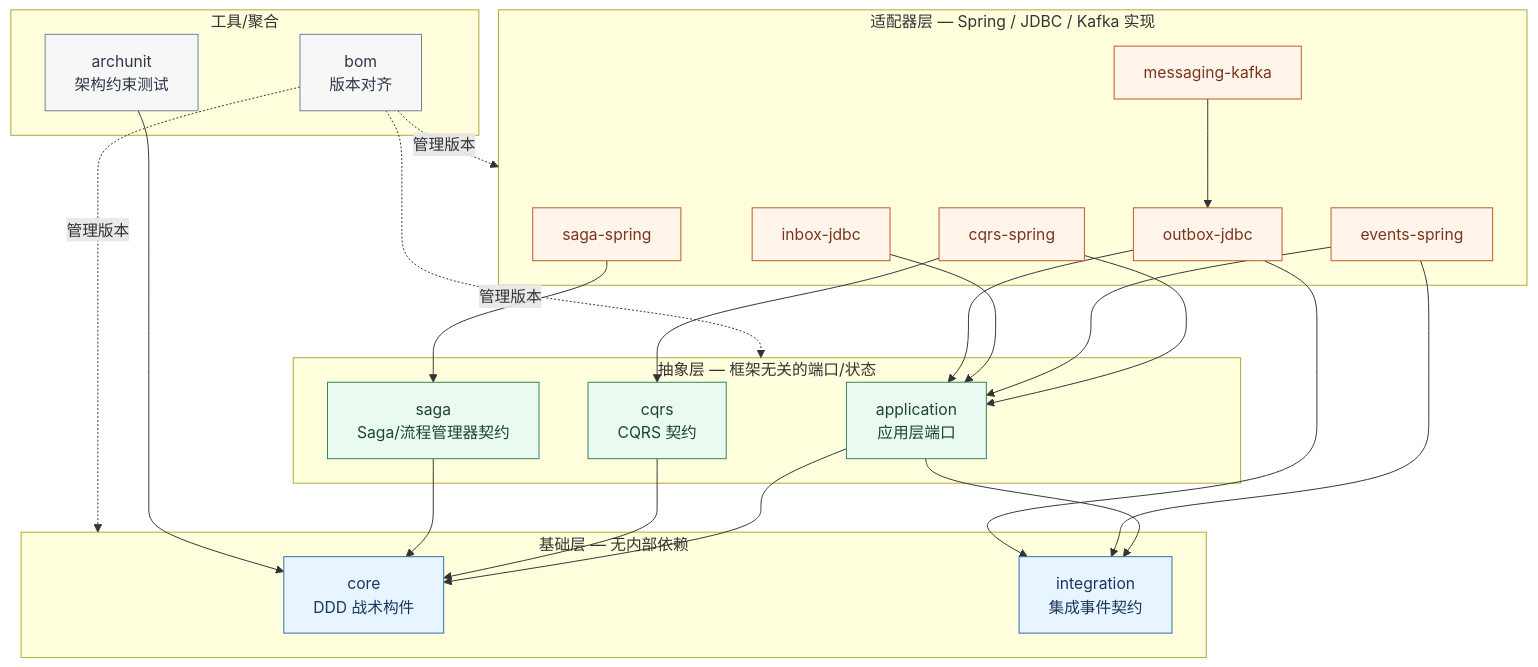
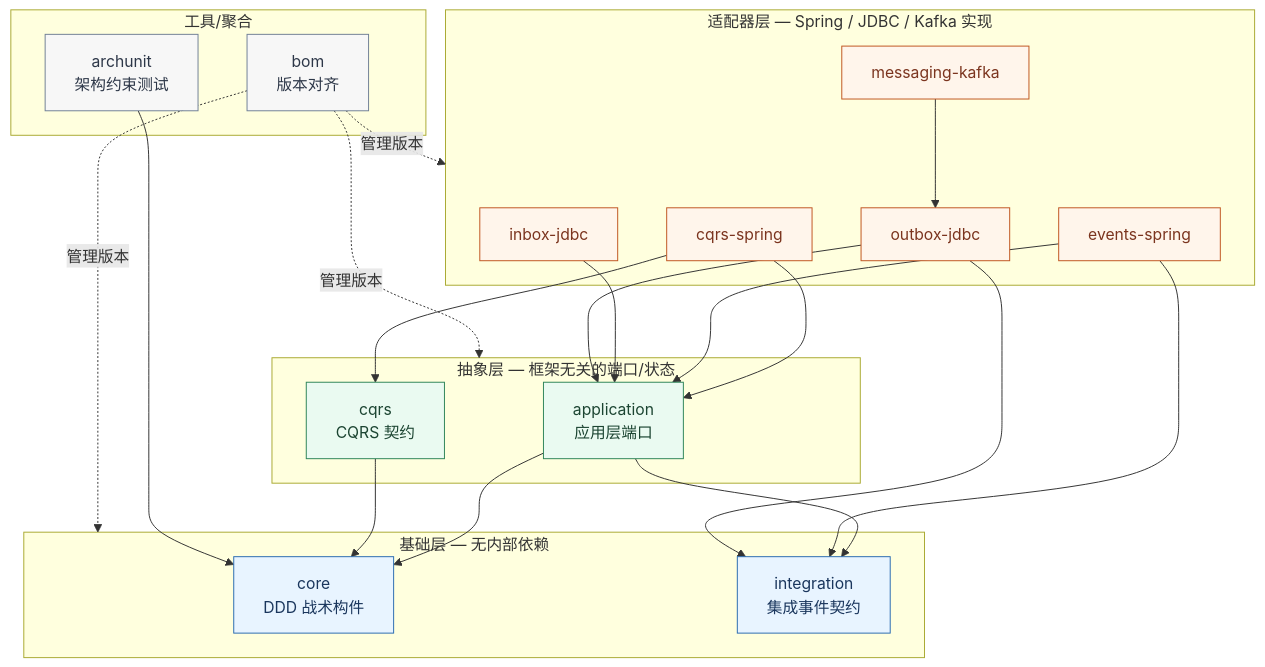
One commit to ryan-alexander-zhang/ai-native-project-template changed the diagram in aipersimmon-ddd/README.md. Above: the diagram before and after it, drawn with Mermaid. The commit also changed other lines of this file and 33 other files, not shown here.

First line of the commit message:
refactor(saga)!: delete the deprecated saga and saga-spring modules

````diff
--- a/aipersimmon-ddd/README.md
+++ b/aipersimmon-ddd/README.md
@@ -11,56 +11,52 @@
 ```mermaid
 flowchart TD
     subgraph foundation["基础层 — 无内部依赖"]
         core["core<br/>DDD 战术构件"]
         integration["integration<br/>集成事件契约"]
     end
 
     subgraph abstraction["抽象层 — 框架无关的端口/状态"]
         application["application<br/>应用层端口"]
         cqrs["cqrs<br/>CQRS 契约"]
-        saga["saga<br/>Saga/流程管理器契约"]
     end
 
     subgraph adapter["适配器层 — Spring / JDBC / Kafka 实现"]
         cqrs_spring["cqrs-spring"]
-        saga_spring["saga-spring"]
         events_spring["events-spring"]
         inbox_jdbc["inbox-jdbc"]
         outbox_jdbc["outbox-jdbc"]
         messaging_kafka["messaging-kafka"]
     end
 
     subgraph tooling["工具/聚合"]
         archunit["archunit<br/>架构约束测试"]
         bom["bom<br/>版本对齐"]
     end
 
     application --> core
     application --> integration
     cqrs --> core
-    saga --> core
     archunit --> core
 
     cqrs_spring --> cqrs
     cqrs_spring --> application
-    saga_spring --> saga
     events_spring --> application
     events_spring --> integration
     inbox_jdbc --> application
     outbox_jdbc --> application
     outbox_jdbc --> integration
     messaging_kafka --> outbox_jdbc
 
     bom -.->|管理版本| foundation
     bom -.->|管理版本| abstraction
     bom -.->|管理版本| adapter
 
     classDef found fill:#e8f4ff,stroke:#2b6cb0,color:#1a365d;
     classDef abst fill:#eafaf1,stroke:#2f855a,color:#1c4532;
     classDef adap fill:#fff5eb,stroke:#c05621,color:#7b341e;
     classDef tool fill:#f7f7f7,stroke:#718096,color:#2d3748;
     class core,integration found;
-    class application,cqrs,saga abst;
-    class cqrs_spring,saga_spring,events_spring,inbox_jdbc,outbox_jdbc,messaging_kafka adap;
+    class application,cqrs abst;
+    class cqrs_spring,events_spring,inbox_jdbc,outbox_jdbc,messaging_kafka adap;
     class archunit,bom tool;
 ```
````
